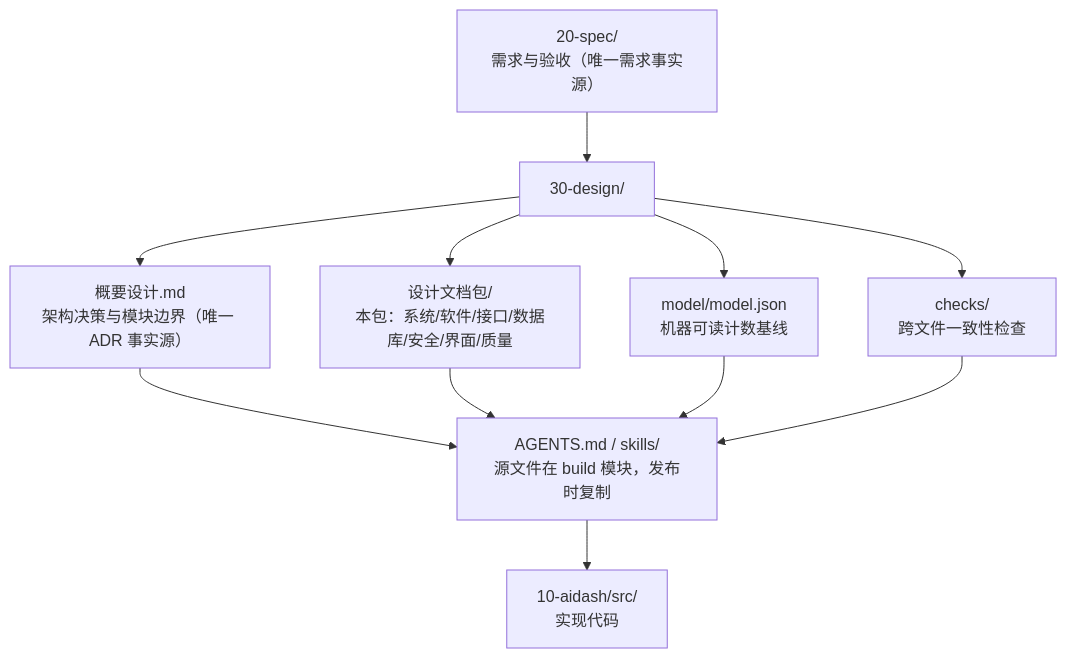
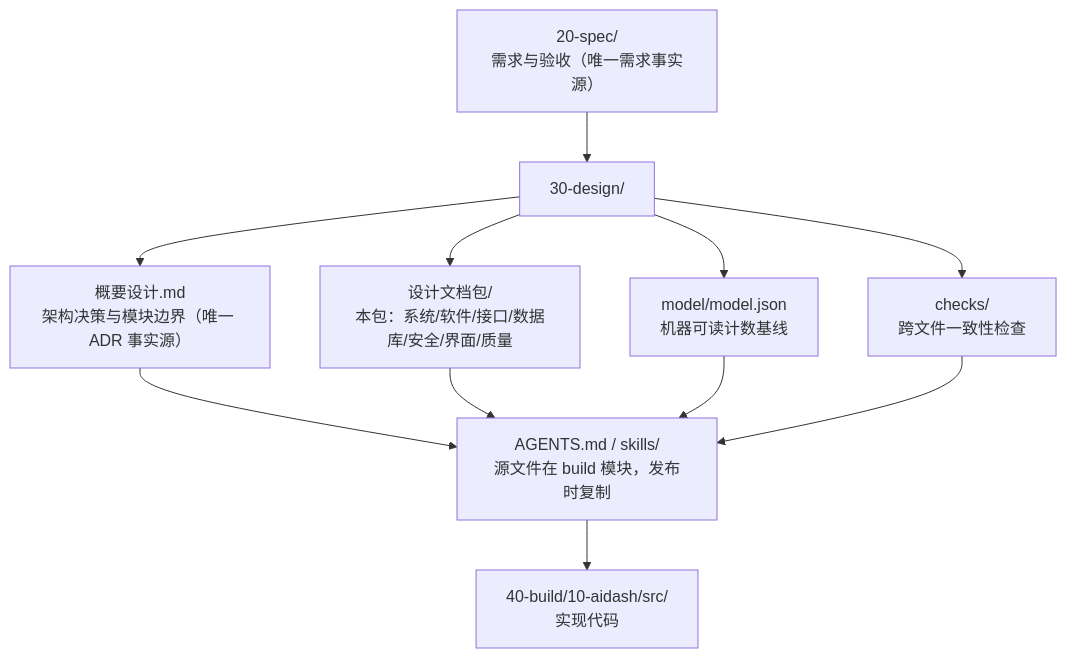
Before and after one commit to isharrrry/AIDash: the diagram in 30-design/设计文档包/README-核心包.md, drawn with Mermaid. The commit also changed other lines of this file and 220 other files, not shown here.

````diff
--- a/30-design/设计文档包/README-核心包.md
+++ b/30-design/设计文档包/README-核心包.md
@@ -83,13 +83,13 @@
 ```mermaid
 flowchart TB
     S["20-spec/<br/>需求与验收（唯一需求事实源）"] --> D["30-design/"]
     D --> D1["概要设计.md<br/>架构决策与模块边界（唯一 ADR 事实源）"]
     D --> D2["设计文档包/<br/>本包：系统/软件/接口/数据库/安全/界面/质量"]
     D --> D3["model/model.json<br/>机器可读计数基线"]
     D --> D4["checks/<br/>跨文件一致性检查"]
     D1 --> C["AGENTS.md / skills/<br/>源文件在 build 模块，发布时复制"]
     D2 --> C
     D3 --> C
     D4 --> C
-    C --> I["10-aidash/src/<br/>实现代码"]
+    C --> I["40-build/10-aidash/src/<br/>实现代码"]
 ```
````
